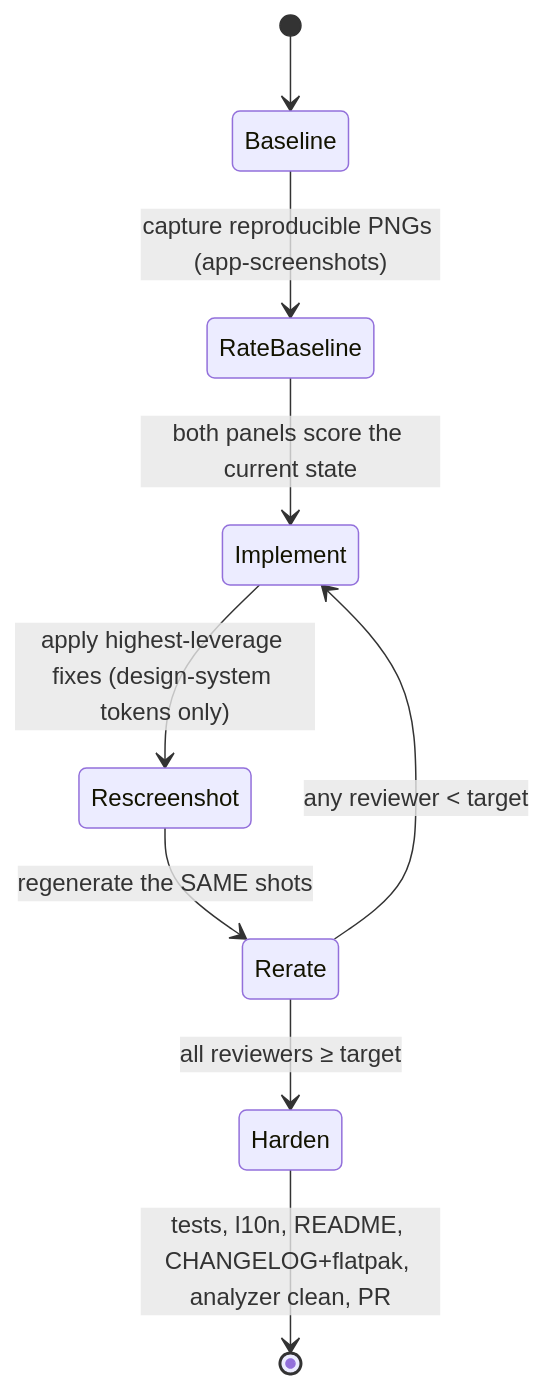
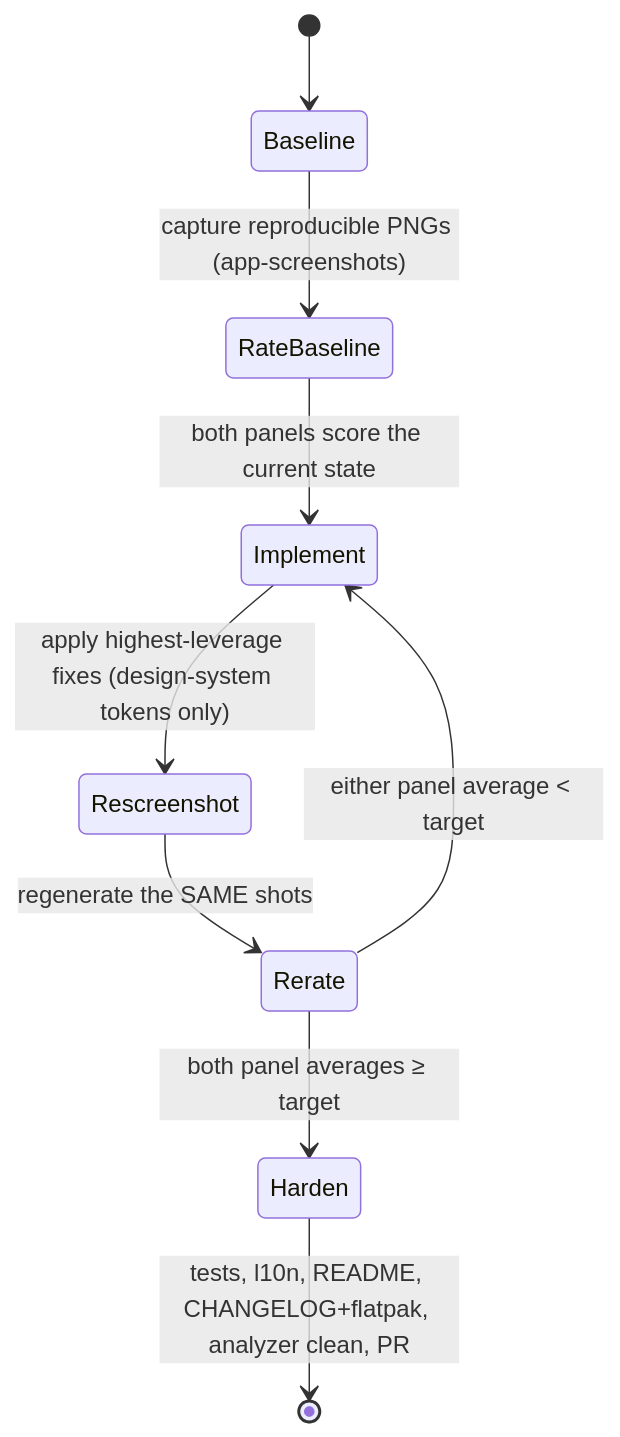
Before and after one commit to matthiasn/lotti: the diagram in .claude/skills/design-review-panel/SKILL.md, drawn with Mermaid. The commit also changed other lines of this file and 32 other files, not shown here.

````diff
--- a/.claude/skills/design-review-panel/SKILL.md
+++ b/.claude/skills/design-review-panel/SKILL.md
@@ -19,11 +20,11 @@
 ```mermaid
 stateDiagram-v2
     [*] --> Baseline
     Baseline --> RateBaseline: capture reproducible PNGs (app-screenshots)
     RateBaseline --> Implement: both panels score the current state
     Implement --> Rescreenshot: apply highest-leverage fixes (design-system tokens only)
     Rescreenshot --> Rerate: regenerate the SAME shots
-    Rerate --> Implement: any reviewer < target
-    Rerate --> Harden: all reviewers ≥ target
+    Rerate --> Implement: either panel average < target
+    Rerate --> Harden: both panel averages ≥ target
     Harden --> [*]: tests, l10n, README, CHANGELOG+flatpak, analyzer clean, PR
 ```
````
